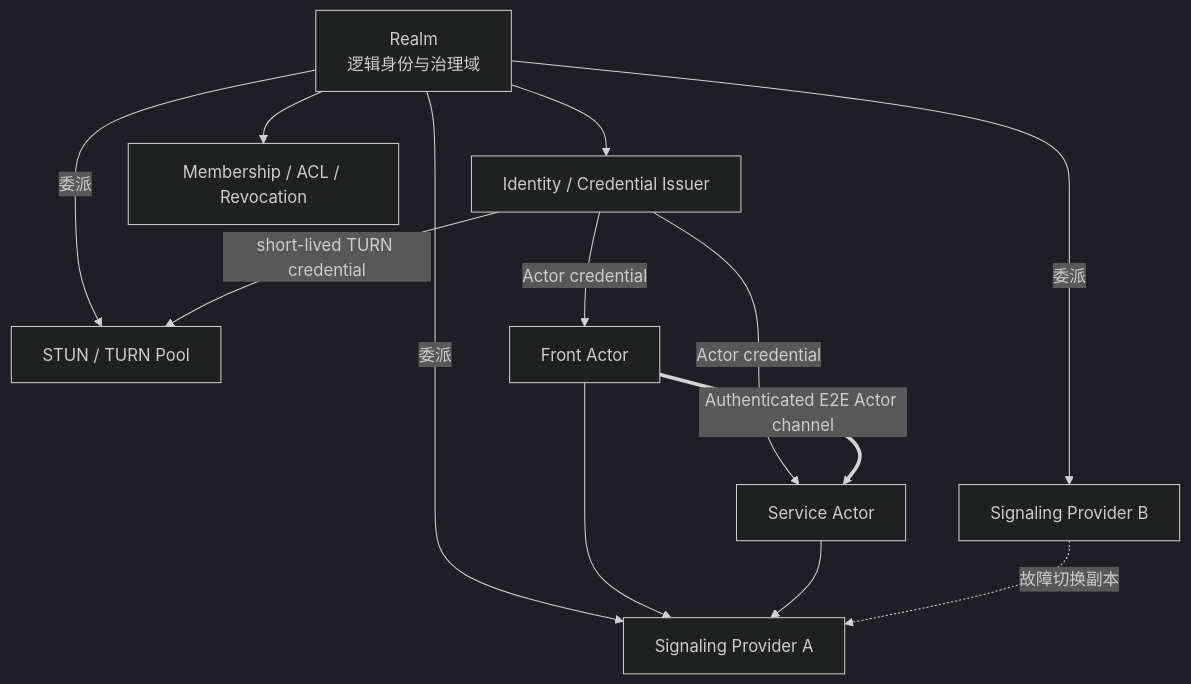
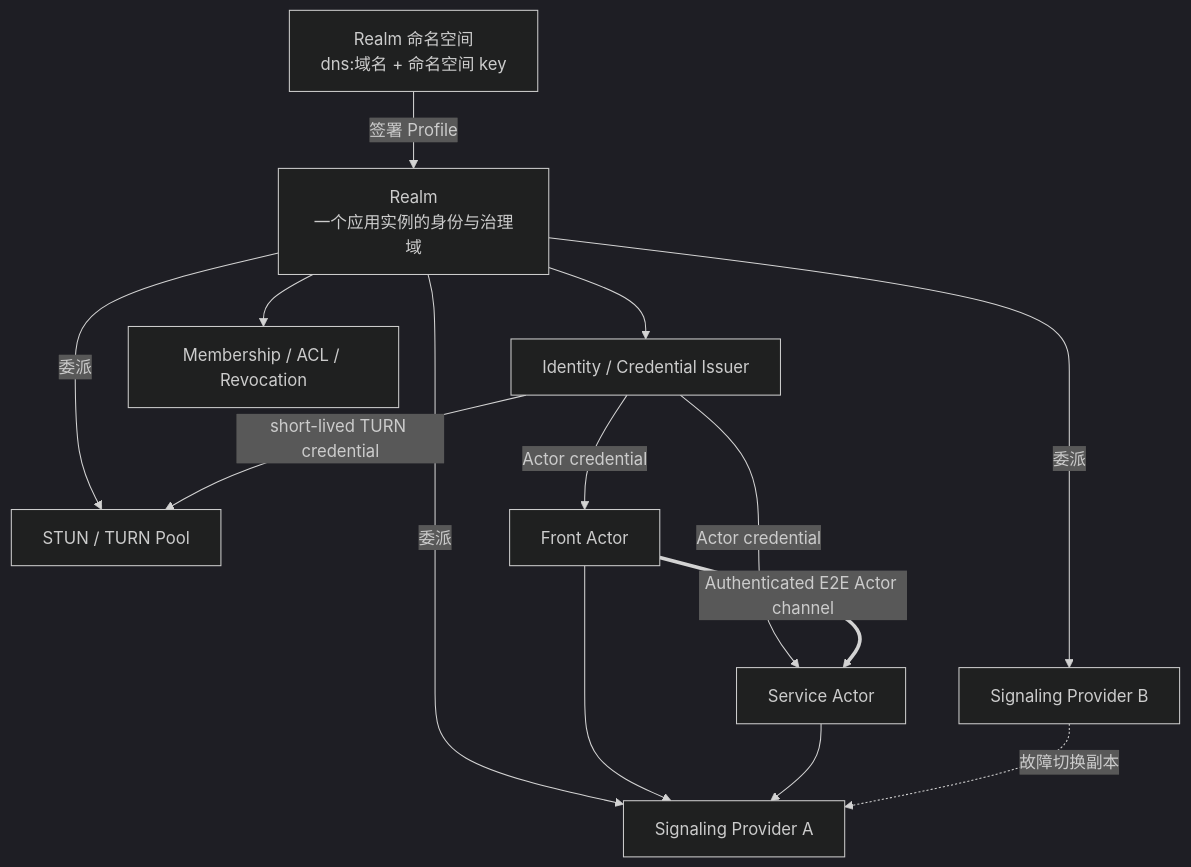
The diagram in docs/product/actrium-v1/07-realm-network-and-identity.zh.md (Actrium/actrium), drawn with Mermaid (dark theme) before and after one commit. The commit also changed other lines of this file and 53 other files, not shown here.

First line of the commit message:
docs: redefine Realm as a per-instance trust domain under a DNS namespace

````diff
--- a/docs/product/actrium-v1/07-realm-network-and-identity.zh.md
+++ b/docs/product/actrium-v1/07-realm-network-and-identity.zh.md
@@ -5,24 +5,26 @@
 ```mermaid
 flowchart TB
-    R["Realm<br/>逻辑身份与治理域"]
+    NS["Realm 命名空间<br/>dns:域名 + 命名空间 key"]
+    R["Realm<br/>一个应用实例的身份与治理域"]
     AIS["Identity / Credential Issuer"]
     SG1["Signaling Provider A"]
     SG2["Signaling Provider B"]
     ICE["STUN / TURN Pool"]
     ACL["Membership / ACL / Revocation"]
     F["Front Actor"]
     S["Service Actor"]
 
+    NS -->|签署 Profile| R
     R --> AIS
     R --> ACL
     R -->|委派| SG1
     R -->|委派| SG2
     R -->|委派| ICE
     AIS -->|Actor credential| F
     AIS -->|Actor credential| S
     AIS -->|short-lived TURN credential| ICE
     F --> SG1
     S --> SG1
     SG2 -.故障切换副本.-> SG1
     F == "Authenticated E2E Actor channel" ==> S
 ```
````
